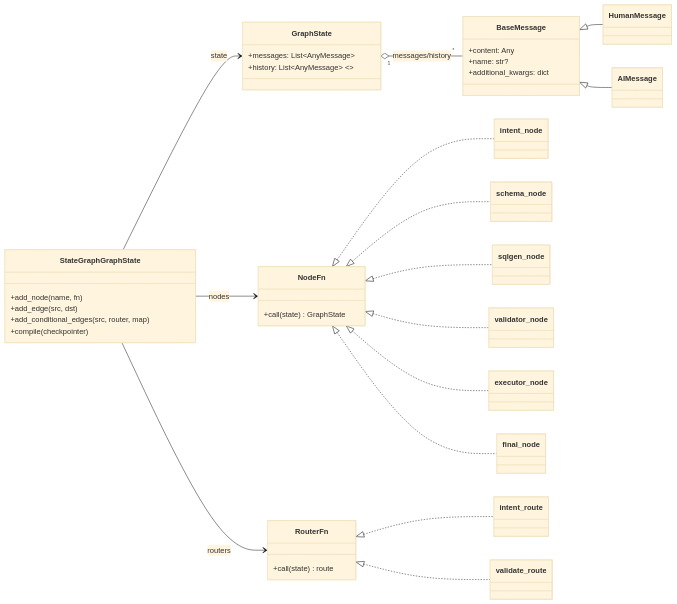
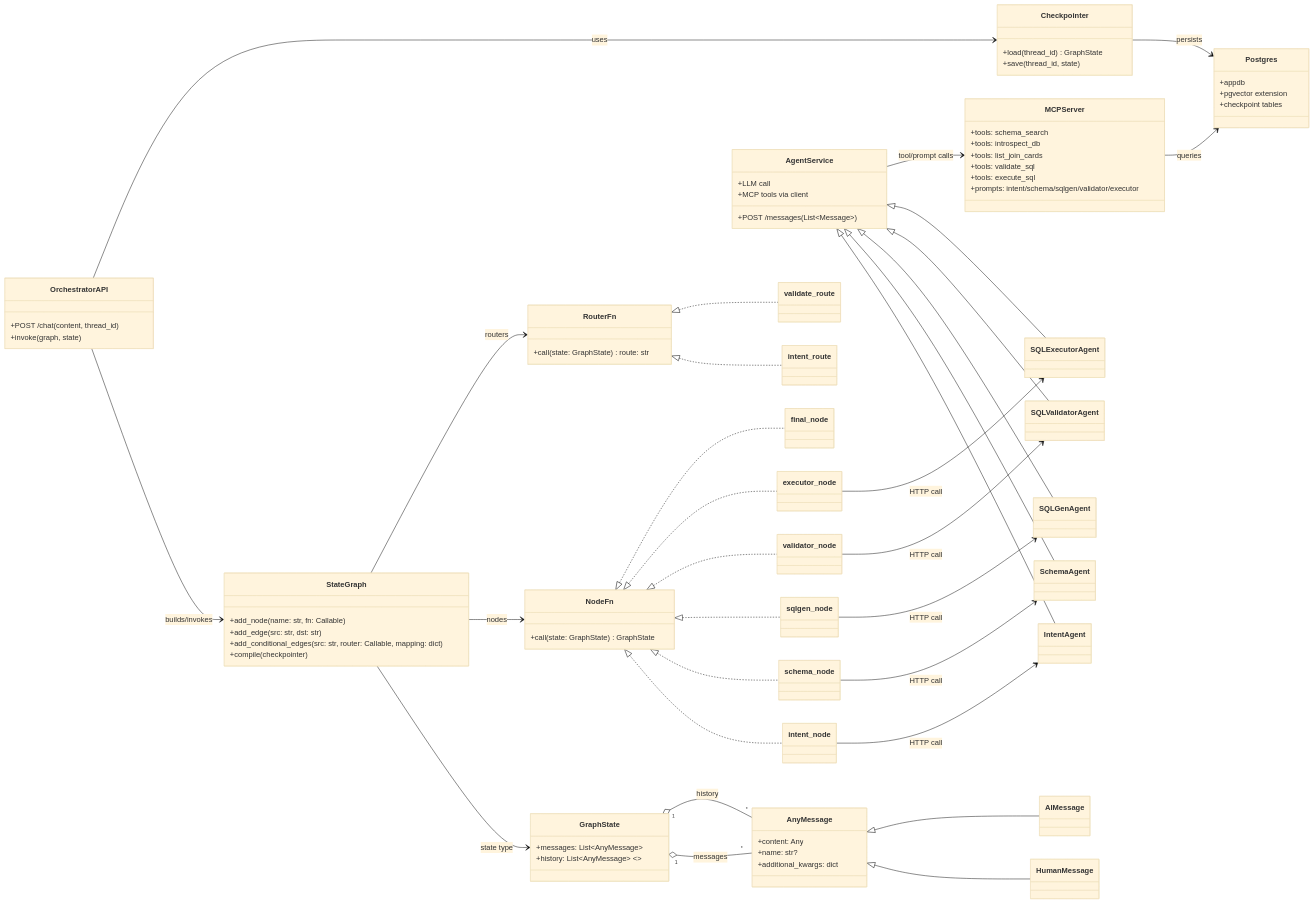
One commit to attractor-set/sql_agent_example changed the first of 3 diagrams in README.md. Above: the diagram before and after it, drawn with Mermaid (base theme). The commit also changed other lines of this file, not shown here.

Commit message:
[README] updates

````diff
--- a/README.md
+++ b/README.md
@@ -64,31 +64,74 @@
   +history: List~AnyMessage~ <<add_messages>>
 }
 
-class BaseMessage {
+class AnyMessage {
   +content: Any
   +name: str?
   +additional_kwargs: dict
 }
 class HumanMessage
 class AIMessage
-BaseMessage <|-- HumanMessage
-BaseMessage <|-- AIMessage
+AnyMessage <|-- HumanMessage
+AnyMessage <|-- AIMessage
 
-GraphState "1" o-- "*" BaseMessage : messages/history
+GraphState "1" o-- "*" AnyMessage : messages
+GraphState "1" o-- "*" AnyMessage : history
 
-class StateGraphGraphState {
-  +add_node(name, fn)
-  +add_edge(src, dst)
-  +add_conditional_edges(src, router, map)
+class StateGraph {
+  +add_node(name: str, fn: Callable)
+  +add_edge(src: str, dst: str)
+  +add_conditional_edges(src: str, router: Callable, mapping: dict)
   +compile(checkpointer)
 }
 
-class RouterFn {
-  +call(state) route
+class OrchestratorAPI {
+  +POST /chat(content, thread_id)
+  +invoke(graph, state)
 }
 
+class Checkpointer {
+  +load(thread_id) GraphState
+  +save(thread_id, state)
+}
+
+class Postgres {
+  +appdb
+  +pgvector extension
+  +checkpoint tables
+}
+
+class MCPServer {
+  +tools: schema_search
+  +tools: introspect_db
+  +tools: list_join_cards
+  +tools: validate_sql
+  +tools: execute_sql
+  +prompts: intent/schema/sqlgen/validator/executor
+}
+
+class AgentService {
+  +POST /messages(List~Message~)
+  +LLM call
+  +MCP tools via client
+}
+
+class IntentAgent
+class SchemaAgent
+class SQLGenAgent
+class SQLValidatorAgent
+class SQLExecutorAgent
+AgentService <|-- IntentAgent
+AgentService <|-- SchemaAgent
+AgentService <|-- SQLGenAgent
+AgentService <|-- SQLValidatorAgent
+AgentService <|-- SQLExecutorAgent
+
 class NodeFn {
-  +call(state) GraphState
+  +call(state: GraphState) GraphState
+}
+
+class RouterFn {
+  +call(state: GraphState) route: str
 }
 
 class intent_node
@@ -110,7 +153,20 @@
 RouterFn <|.. intent_route
 RouterFn <|.. validate_route
 
-StateGraphGraphState --> GraphState : state
-StateGraphGraphState --> NodeFn : nodes
-StateGraphGraphState --> RouterFn : routers
+OrchestratorAPI --> StateGraph : builds/invokes
+OrchestratorAPI --> Checkpointer : uses
+Checkpointer --> Postgres : persists
+
+StateGraph --> GraphState : state type
+StateGraph --> NodeFn : nodes
+StateGraph --> RouterFn : routers
+
+intent_node --> IntentAgent : HTTP call
+schema_node --> SchemaAgent : HTTP call
+sqlgen_node --> SQLGenAgent : HTTP call
+validator_node --> SQLValidatorAgent : HTTP call
+executor_node --> SQLExecutorAgent : HTTP call
+
+AgentService --> MCPServer : tool/prompt calls
+MCPServer --> Postgres : queries
 ```
````
